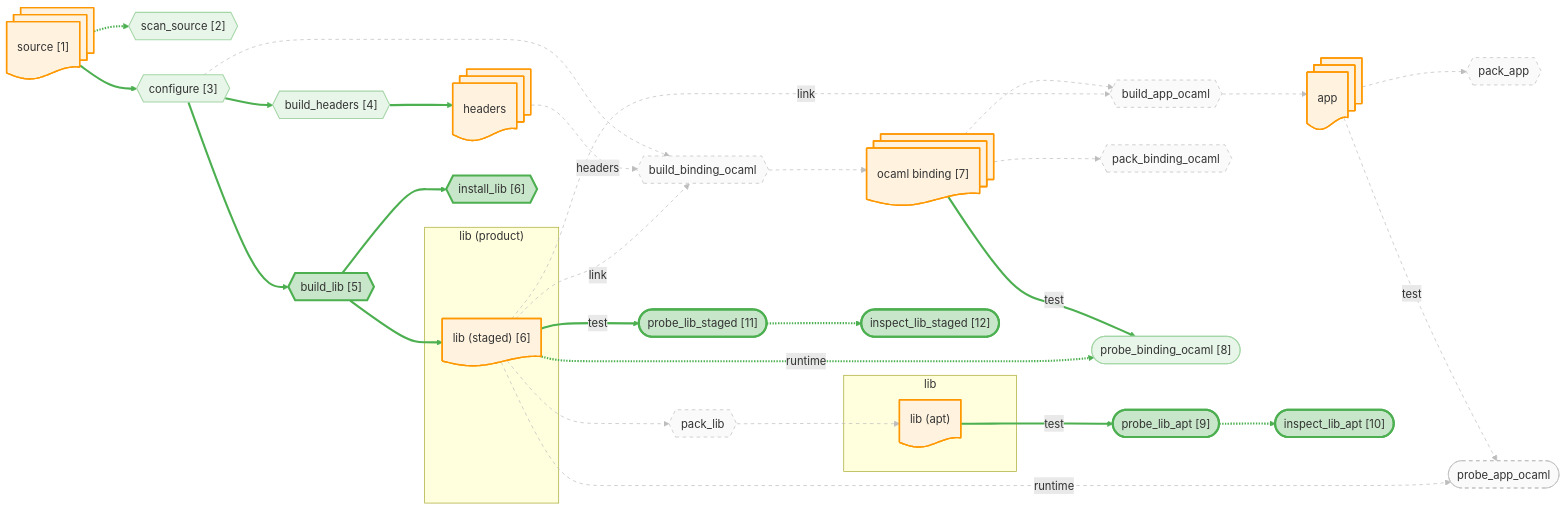
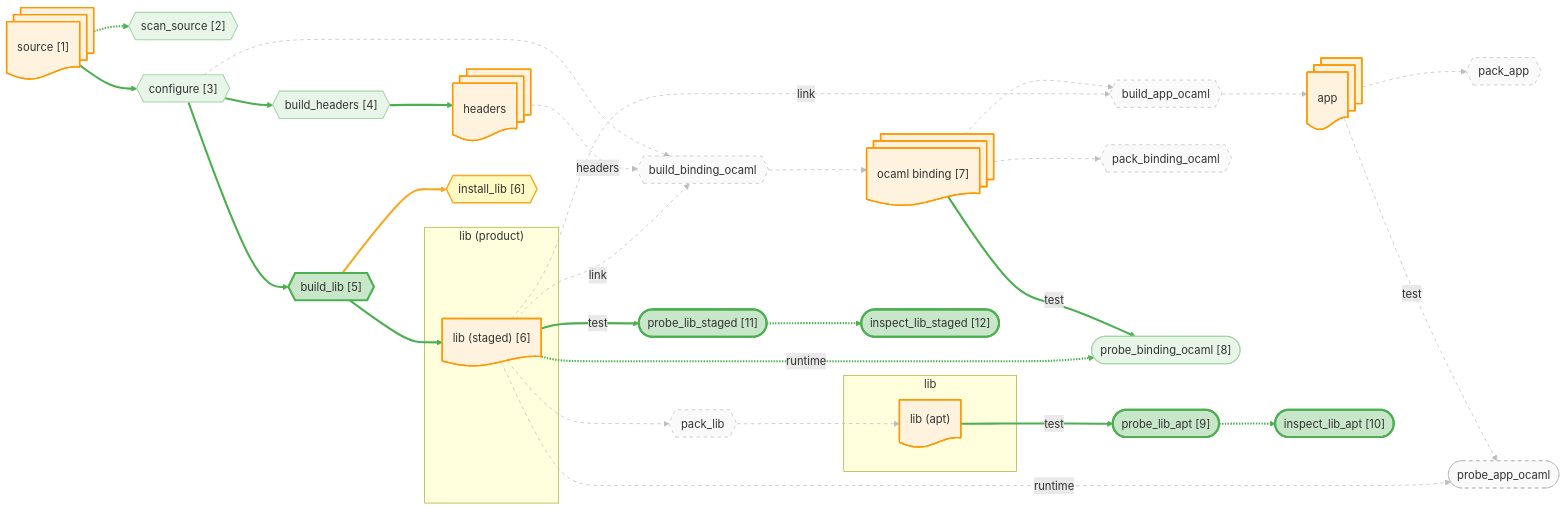
One commit to JHU-PL-Lab/tola changed the diagram in docs/canary/projects/z3/-run/diagrams/lib.mmd. Above: the diagram before and after it, drawn with Mermaid. The commit also changed 41 other files, not shown here.

```diff
--- a/docs/canary/projects/z3/-run/diagrams/lib.mmd
+++ b/docs/canary/projects/z3/-run/diagrams/lib.mmd
@@ -1,108 +1,108 @@
 %% view: lib
 graph LR
     source_node@{ shape: docs, label: "source [1]" }
     headers_node@{ shape: docs, label: "headers" }
     subgraph lib_input_sg ["lib"]
       lib_apt_node@{ shape: doc, label: "lib (apt)" }
     end
     subgraph lib_product_sg ["lib (product)"]
       lib_staged_node@{ shape: doc, label: "lib (staged) [6]" }
     end
     app_node@{ shape: docs, label: "app" }
     ocaml_binding_node@{ shape: docs, label: "ocaml binding [7]" }
 
     A_scan_source{{"scan_source [2]"}}
     A_configure{{"configure [3]"}}
     A_build_headers{{"build_headers [4]"}}
     A_build_lib{{"build_lib [5]"}}
     A_build_binding_ocaml{{"build_binding_ocaml"}}
     A_build_app_ocaml{{"build_app_ocaml"}}
     A_install_lib{{"install_lib [6]"}}
     A_pack_binding_ocaml{{"pack_binding_ocaml"}}
     A_pack_lib{{"pack_lib"}}
     A_pack_app{{"pack_app"}}
     A_probe_binding_ocaml(["probe_binding_ocaml [8]"])
     A_probe_app_ocaml(["probe_app_ocaml"])
     A_probe_lib_apt(["probe_lib_apt [9]"])
     A_probe_lib_staged(["probe_lib_staged [11]"])
     A_probe_lib_apt_inspect(["inspect_lib_apt [10]"])
     A_probe_lib_staged_inspect(["inspect_lib_staged [12]"])
 
     source_node -.-> A_scan_source
     source_node --> A_configure
     A_configure --> A_build_headers
     A_build_headers --> headers_node
     A_configure --> A_build_lib
     A_build_lib --> lib_staged_node
     A_configure --> A_build_binding_ocaml
     headers_node -.->|headers| A_build_binding_ocaml
     lib_staged_node -.->|link| A_build_binding_ocaml
     A_build_binding_ocaml --> ocaml_binding_node
     ocaml_binding_node --> A_build_app_ocaml
     lib_staged_node -.->|link| A_build_app_ocaml
     A_build_app_ocaml --> app_node
     A_build_lib --> A_install_lib
     ocaml_binding_node --> A_pack_binding_ocaml
     lib_staged_node --> A_pack_lib
     A_pack_lib --> lib_apt_node
     app_node --> A_pack_app
     ocaml_binding_node -->|test| A_probe_binding_ocaml
     lib_staged_node -.->|runtime| A_probe_binding_ocaml
     app_node -->|test| A_probe_app_ocaml
     lib_staged_node -.->|runtime| A_probe_app_ocaml
     lib_apt_node -->|test| A_probe_lib_apt
     lib_staged_node -->|test| A_probe_lib_staged
     A_probe_lib_apt -.-> A_probe_lib_apt_inspect
     A_probe_lib_staged -.-> A_probe_lib_staged_inspect
 
     classDef artifact fill:#fff3e0,stroke:#ff9800,stroke-width:2px
     classDef action fill:#f3e5f5,stroke:#9c27b0,stroke-width:2px
     classDef st_done fill:#c8e6c9,stroke:#4caf50,stroke-width:3px
     classDef st_done_ctx fill:#e8f5e9,stroke:#a5d6a7,stroke-width:1.5px
     classDef st_expected_fail fill:#fff9c4,stroke:#f9a825,stroke-width:2px
     classDef st_failed fill:#ffcdd2,stroke:#c62828,stroke-width:2px
     classDef st_skipped fill:#f5f5f5,stroke:#9e9e9e,stroke-dasharray:5
     classDef st_nospec fill:#fafafa,stroke:#bdbdbd,stroke-dasharray:5
     class source_node,headers_node,lib_apt_node,lib_staged_node,app_node,ocaml_binding_node artifact
     class A_scan_source st_done_ctx
     class A_configure st_done_ctx
     class A_build_headers st_done_ctx
     class A_build_lib st_done
     class A_build_binding_ocaml st_nospec
     class A_build_app_ocaml st_nospec
-    class A_install_lib st_done
+    class A_install_lib st_expected_fail
     class A_pack_binding_ocaml st_nospec
     class A_pack_lib st_nospec
     class A_pack_app st_nospec
     class A_probe_binding_ocaml st_done_ctx
     class A_probe_app_ocaml st_nospec
     class A_probe_lib_apt st_done
     class A_probe_lib_staged st_done
     class A_probe_lib_apt_inspect st_done
     class A_probe_lib_staged_inspect st_done
     linkStyle 0 stroke:#4caf50,stroke-width:3px
     linkStyle 1 stroke:#4caf50,stroke-width:3px
     linkStyle 2 stroke:#4caf50,stroke-width:3px
     linkStyle 3 stroke:#4caf50,stroke-width:3px
     linkStyle 4 stroke:#4caf50,stroke-width:3px
     linkStyle 5 stroke:#4caf50,stroke-width:3px
     linkStyle 6 stroke:#bdbdbd,stroke-width:1px,stroke-dasharray:5
     linkStyle 7 stroke:#bdbdbd,stroke-width:1px,stroke-dasharray:5
     linkStyle 8 stroke:#bdbdbd,stroke-width:1px,stroke-dasharray:5
     linkStyle 9 stroke:#bdbdbd,stroke-width:1px,stroke-dasharray:5
     linkStyle 10 stroke:#bdbdbd,stroke-width:1px,stroke-dasharray:5
     linkStyle 11 stroke:#bdbdbd,stroke-width:1px,stroke-dasharray:5
     linkStyle 12 stroke:#bdbdbd,stroke-width:1px,stroke-dasharray:5
-    linkStyle 13 stroke:#4caf50,stroke-width:3px
+    linkStyle 13 stroke:#f9a825,stroke-width:3px
     linkStyle 14 stroke:#bdbdbd,stroke-width:1px,stroke-dasharray:5
     linkStyle 15 stroke:#bdbdbd,stroke-width:1px,stroke-dasharray:5
     linkStyle 16 stroke:#bdbdbd,stroke-width:1px,stroke-dasharray:5
     linkStyle 17 stroke:#bdbdbd,stroke-width:1px,stroke-dasharray:5
     linkStyle 18 stroke:#4caf50,stroke-width:3px
     linkStyle 19 stroke:#4caf50,stroke-width:3px
     linkStyle 20 stroke:#bdbdbd,stroke-width:1px,stroke-dasharray:5
     linkStyle 21 stroke:#bdbdbd,stroke-width:1px,stroke-dasharray:5
     linkStyle 22 stroke:#4caf50,stroke-width:3px
     linkStyle 23 stroke:#4caf50,stroke-width:3px
     linkStyle 24 stroke:#4caf50,stroke-width:3px
     linkStyle 25 stroke:#4caf50,stroke-width:3px
```
